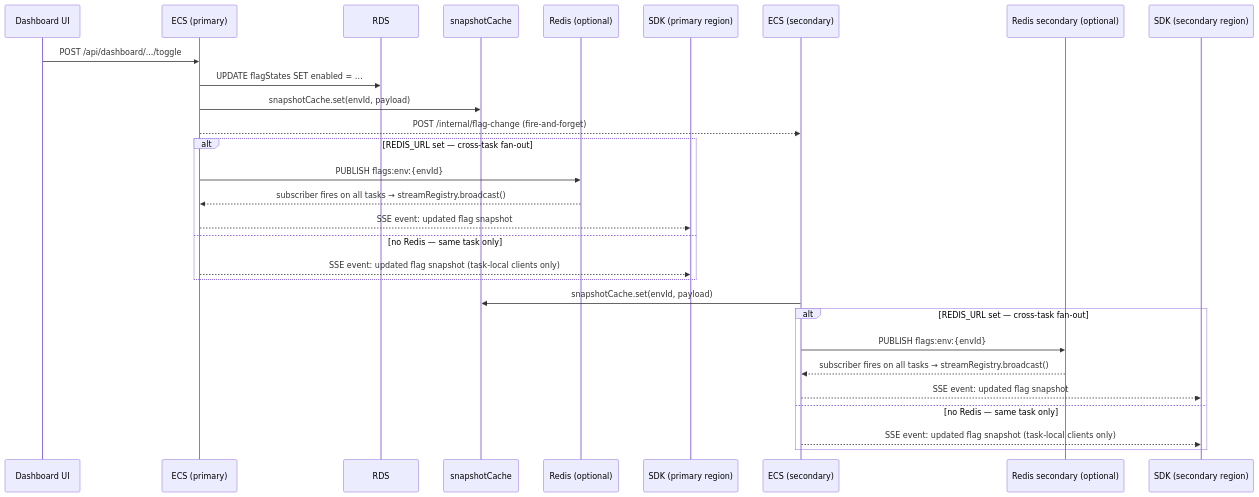
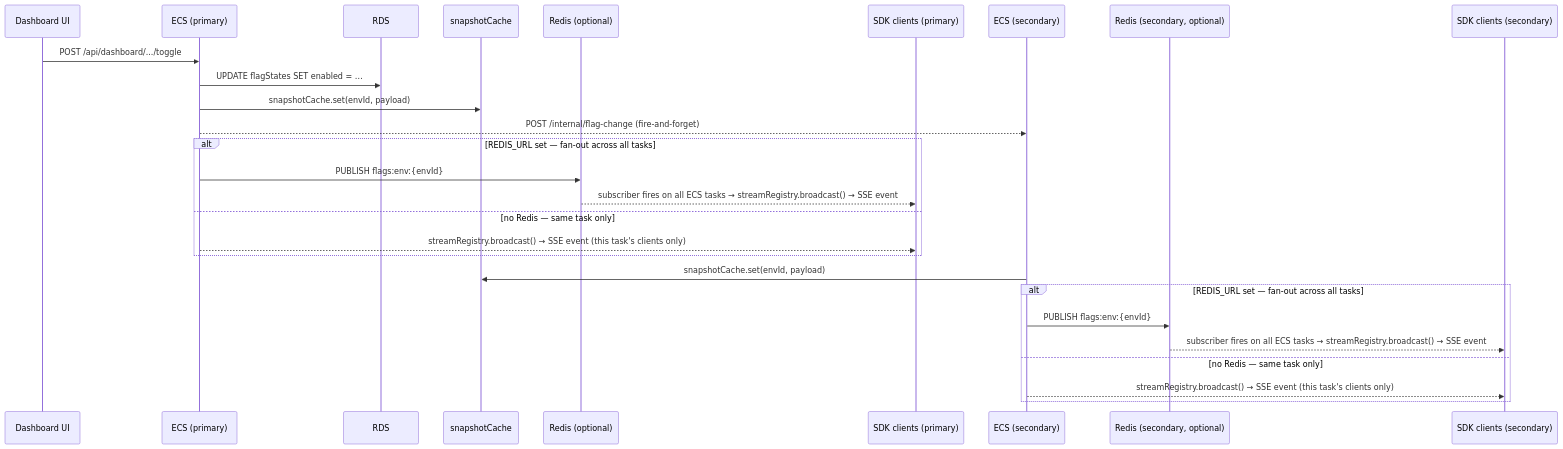
Before and after one commit to RBM-Software/vexillo: the second of 4 diagrams in docs/architecture.md, drawn with Mermaid.

Commit message:
docs: fix flag toggle sequence — Redis delivers SSE directly to SDK clients
Remove the incorrect Redis→API return arrow. Redis pub/sub delivers to
all ECS tasks whose subscribers call streamRegistry.broadcast(), which
pushes the SSE event to connected SDK clients.

````diff
--- a/docs/architecture.md
+++ b/docs/architecture.md
@@ -61,34 +61,32 @@
 ```mermaid
 sequenceDiagram
     participant Admin as Dashboard UI
     participant API as ECS (primary)
     participant DB as RDS
     participant Cache as snapshotCache
     participant Redis as Redis (optional)
-    participant SDK_P as SDK (primary region)
+    participant SDK_P as SDK clients (primary)
     participant Sec as ECS (secondary)
-    participant Redis_S as Redis secondary (optional)
-    participant SDK_S as SDK (secondary region)
+    participant Redis_S as Redis (secondary, optional)
+    participant SDK_S as SDK clients (secondary)
 
     Admin->>API: POST /api/dashboard/.../toggle
     API->>DB: UPDATE flagStates SET enabled = …
     API->>Cache: snapshotCache.set(envId, payload)
     API-->>Sec: POST /internal/flag-change (fire-and-forget)
 
-    alt REDIS_URL set — cross-task fan-out
+    alt REDIS_URL set — fan-out across all tasks
         API->>Redis: PUBLISH flags:env:{envId}
-        Redis-->>API: subscriber fires on all tasks → streamRegistry.broadcast()
-        API-->>SDK_P: SSE event: updated flag snapshot
+        Redis-->>SDK_P: subscriber fires on all ECS tasks → streamRegistry.broadcast() → SSE event
     else no Redis — same task only
-        API-->>SDK_P: SSE event: updated flag snapshot (task-local clients only)
+        API-->>SDK_P: streamRegistry.broadcast() → SSE event (this task's clients only)
     end
 
     Sec->>Cache: snapshotCache.set(envId, payload)
-    alt REDIS_URL set — cross-task fan-out
+    alt REDIS_URL set — fan-out across all tasks
         Sec->>Redis_S: PUBLISH flags:env:{envId}
-        Redis_S-->>Sec: subscriber fires on all tasks → streamRegistry.broadcast()
-        Sec-->>SDK_S: SSE event: updated flag snapshot
+        Redis_S-->>SDK_S: subscriber fires on all ECS tasks → streamRegistry.broadcast() → SSE event
     else no Redis — same task only
-        Sec-->>SDK_S: SSE event: updated flag snapshot (task-local clients only)
+        Sec-->>SDK_S: streamRegistry.broadcast() → SSE event (this task's clients only)
     end
 ```
````
